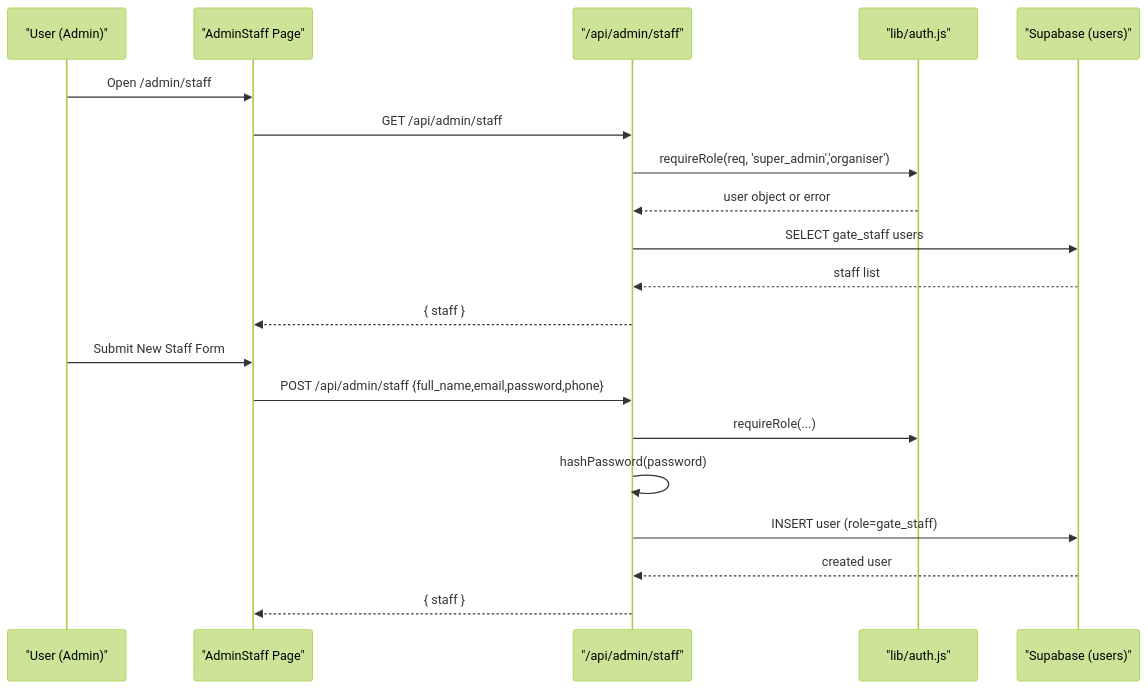
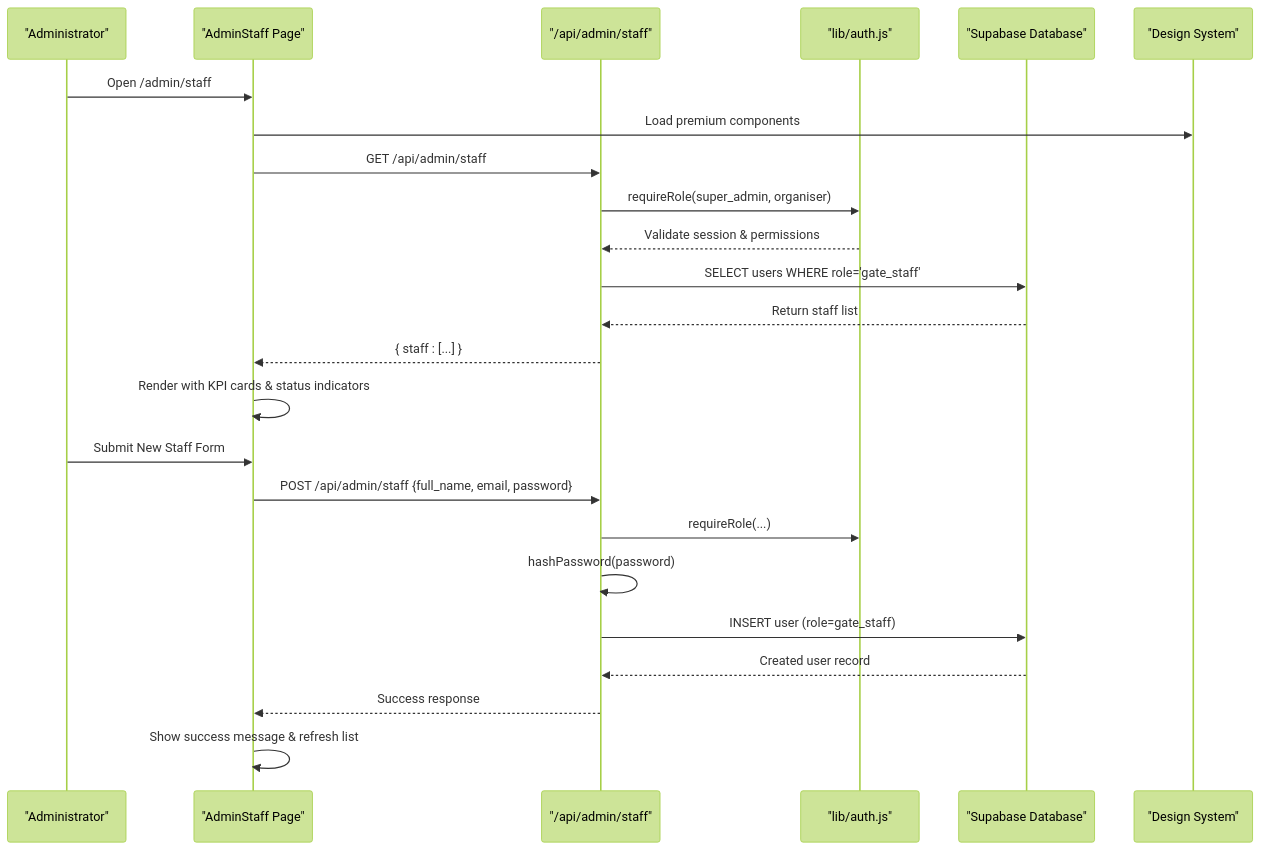
Before and after one commit to ObeyMuchechesi/TicketFlow: the second of 3 diagrams in .qoder/repowiki/en/content/Admin Dashboard/Staff Administration.md, drawn with Mermaid (forest theme). The commit also changed other lines of this file and 12 other files, not shown here.

First line of the commit message:
docs: EcoCash schema columns and project documentation refresh

````diff
--- a/.qoder/repowiki/en/content/Admin Dashboard/Staff Administration.md
+++ b/.qoder/repowiki/en/content/Admin Dashboard/Staff Administration.md
@@ -122,22 +138,26 @@
 ```mermaid
 sequenceDiagram
-participant U as "User (Admin)"
+participant U as "Administrator"
 participant UI as "AdminStaff Page"
 participant API as "/api/admin/staff"
 participant AUTH as "lib/auth.js"
-participant DB as "Supabase (users)"
+participant DB as "Supabase Database"
+participant DESIGN as "Design System"
 U->>UI : Open /admin/staff
+UI->>DESIGN : Load premium components
 UI->>API : GET /api/admin/staff
-API->>AUTH : requireRole(req, 'super_admin','organiser')
-AUTH-->>API : user object or error
-API->>DB : SELECT gate_staff users
-DB-->>API : staff list
-API-->>UI : { staff }
+API->>AUTH : requireRole(super_admin, organiser)
+AUTH-->>API : Validate session & permissions
+API->>DB : SELECT users WHERE role='gate_staff'
+DB-->>API : Return staff list
+API-->>UI : { staff : [...] }
+UI->>UI : Render with KPI cards & status indicators
 U->>UI : Submit New Staff Form
-UI->>API : POST /api/admin/staff {full_name,email,password,phone}
+UI->>API : POST /api/admin/staff {full_name, email, password}
 API->>AUTH : requireRole(...)
 API->>API : hashPassword(password)
 API->>DB : INSERT user (role=gate_staff)
-DB-->>API : created user
-API-->>UI : { staff }
+DB-->>API : Created user record
+API-->>UI : Success response
+UI->>UI : Show success message & refresh list
 ```
````
